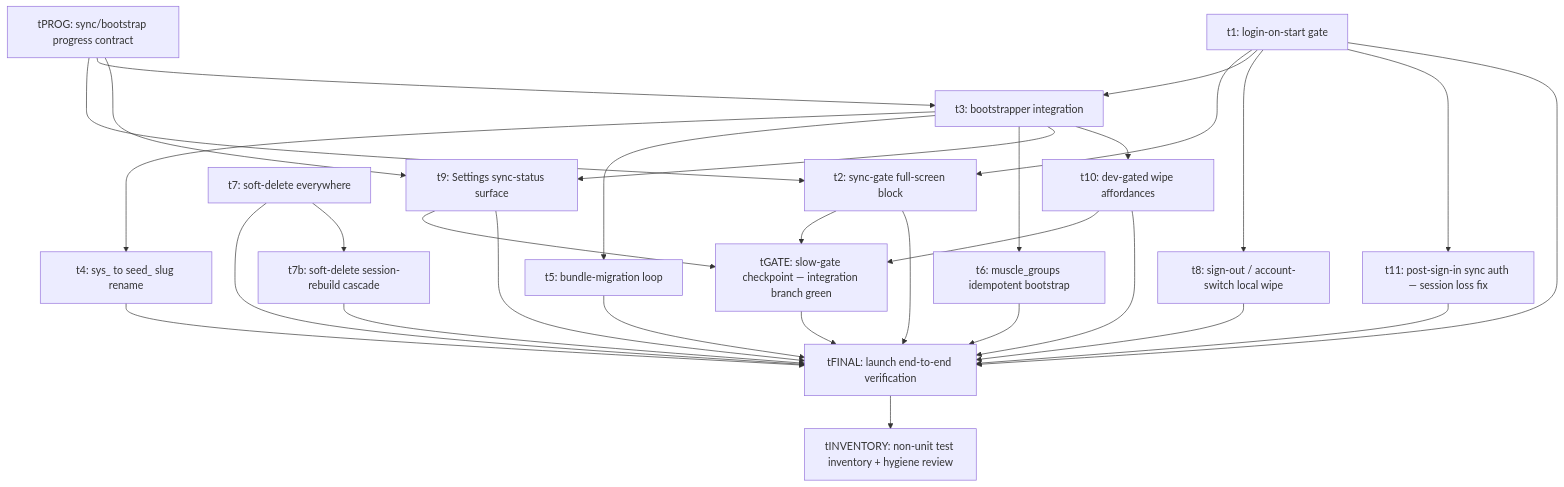
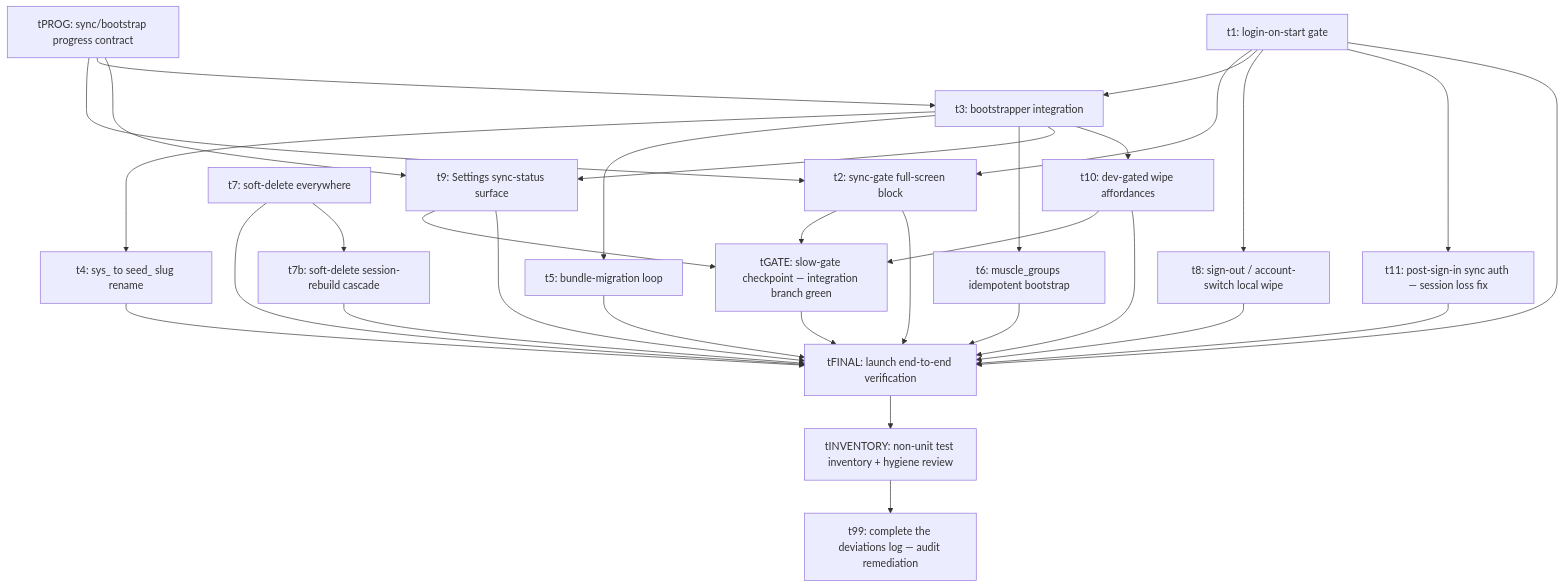
One commit to Brotherhood-of-Ghisa/BOGA3 changed the diagram in docs/plans/sync-v2-launch/plan.md. Above: the diagram before and after it, drawn with Mermaid. The commit also changed other lines of this file and 1 other file, not shown here.

Commit message:
docs: append audit remediation card for the incomplete deviations log
The plan audit found the deviations log missing dedicated one-line entries
for three merged PRs (a plan task plus two out-of-band fixes). Add the
remediation card and wire it into the task list + DAG.

````diff
--- a/docs/plans/sync-v2-launch/plan.md
+++ b/docs/plans/sync-v2-launch/plan.md
@@ -116,51 +116,53 @@
 ```mermaid
 graph TD
   tPROG[tPROG: sync/bootstrap progress contract]
   t1[t1: login-on-start gate]
   t2[t2: sync-gate full-screen block]
   t3[t3: bootstrapper integration]
   t4[t4: sys_ to seed_ slug rename]
   t5[t5: bundle-migration loop]
   t6[t6: muscle_groups idempotent bootstrap]
   t7[t7: soft-delete everywhere]
   t7b[t7b: soft-delete session-rebuild cascade]
   t8[t8: sign-out / account-switch local wipe]
   t9[t9: Settings sync-status surface]
   t10[t10: dev-gated wipe affordances]
   t11[t11: post-sign-in sync auth — session loss fix]
   tGATE[tGATE: slow-gate checkpoint — integration branch green]
   tFINAL[tFINAL: launch end-to-end verification]
   tINVENTORY[tINVENTORY: non-unit test inventory + hygiene review]
+  t99[t99: complete the deviations log — audit remediation]
 
   tPROG --> t2
   tPROG --> t3
   tPROG --> t9
 
   t1 --> t2
   t1 --> t3
   t1 --> t8
   t3 --> t4
   t3 --> t5
   t3 --> t6
   t3 --> t9
   t3 --> t10
 
   t1 --> t11
   t11 --> tFINAL
   t2 --> tGATE
   t9 --> tGATE
   t10 --> tGATE
   tGATE --> tFINAL
   tFINAL --> tINVENTORY
+  tINVENTORY --> t99
   t1 --> tFINAL
   t2 --> tFINAL
   t4 --> tFINAL
   t5 --> tFINAL
   t6 --> tFINAL
   t7 --> tFINAL
   t7 --> t7b
   t7b --> tFINAL
   t8 --> tFINAL
   t9 --> tFINAL
   t10 --> tFINAL
 ```
````
